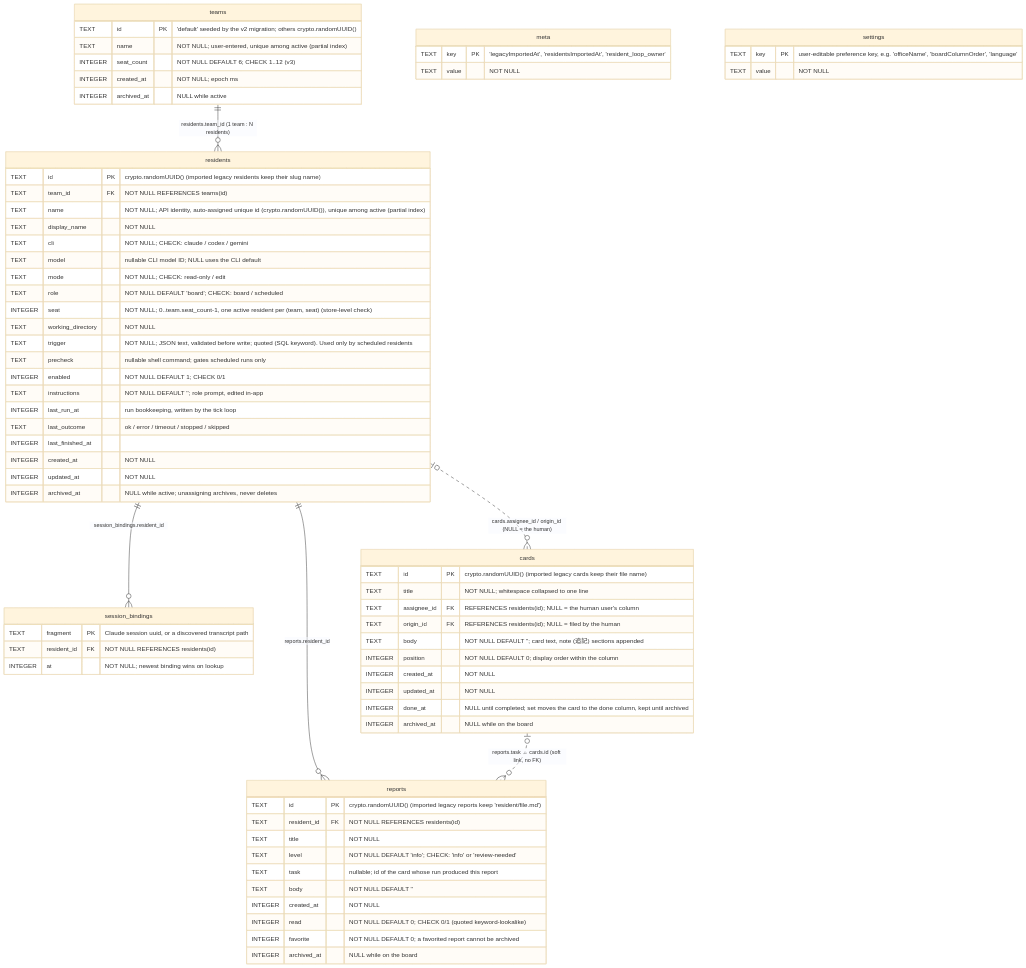
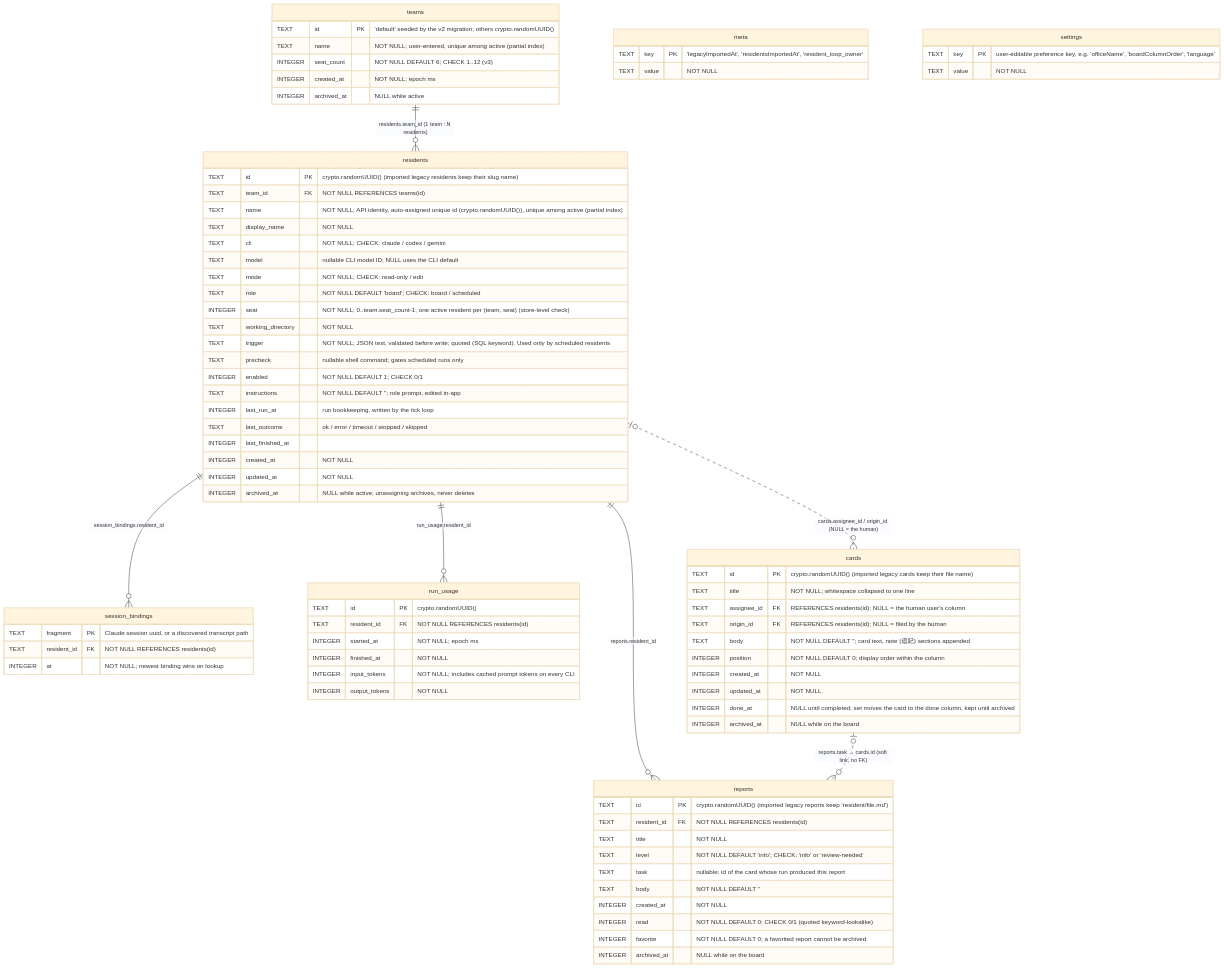
One commit to raihara3/ai-office changed the diagram in docs/database.md. Above: the diagram before and after it, drawn with Mermaid (base theme). The commit also changed other lines of this file and 29 other files, not shown here.

```diff
--- a/docs/database.md
+++ b/docs/database.md
@@ -12,6 +13,7 @@
 erDiagram
     teams ||--o{ residents : "residents.team_id (1 team : N residents)"
     residents ||--o{ session_bindings : "session_bindings.resident_id"
+    residents ||--o{ run_usage : "run_usage.resident_id"
     residents |o..o{ cards : "cards.assignee_id / origin_id (NULL = the human)"
     residents ||--o{ reports : "reports.resident_id"
     cards |o..o{ reports : "reports.task → cards.id (soft link, no FK)"
@@ -53,6 +55,15 @@
         INTEGER at             "NOT NULL; newest binding wins on lookup"
     }
 
+    run_usage {
+        TEXT    id            PK "crypto.randomUUID()"
+        TEXT    resident_id   FK "NOT NULL REFERENCES residents(id)"
+        INTEGER started_at    "NOT NULL; epoch ms"
+        INTEGER finished_at   "NOT NULL"
+        INTEGER input_tokens  "NOT NULL; includes cached prompt tokens on every CLI"
+        INTEGER output_tokens "NOT NULL"
+    }
+
     cards {
         TEXT    id          PK "crypto.randomUUID() (imported legacy cards keep their file name)"
         TEXT    title          "NOT NULL; whitespace collapsed to one line"
```
